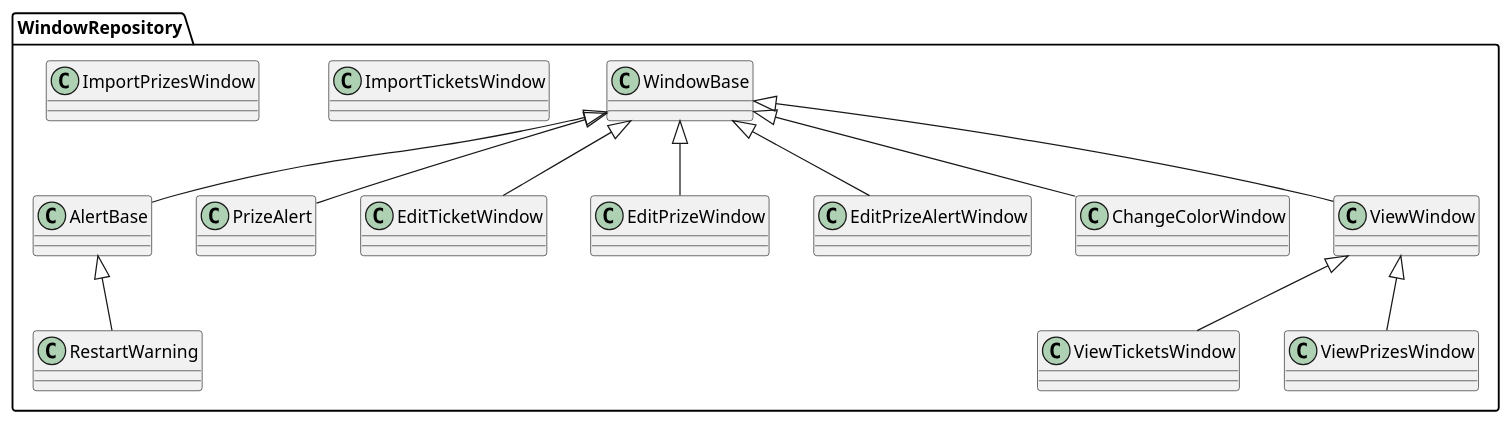
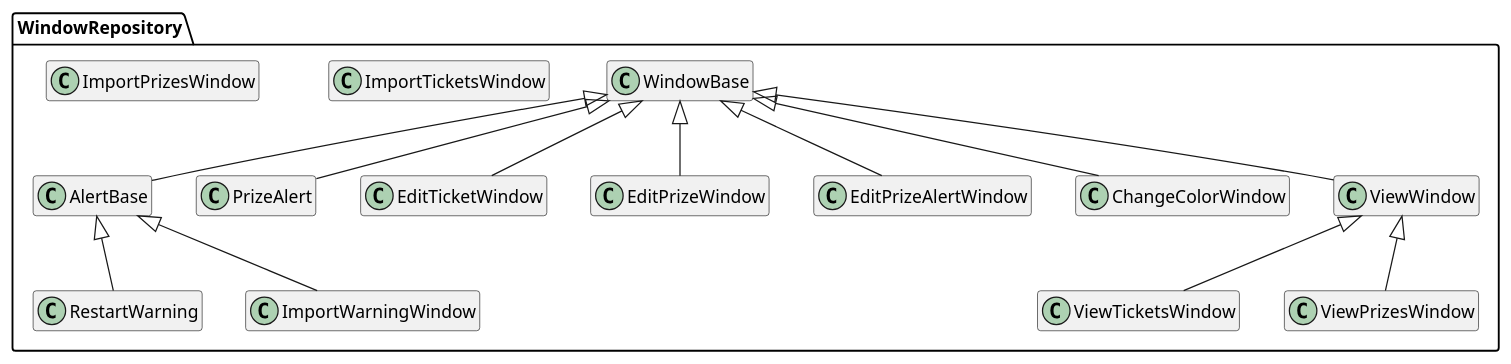
The diagram in docs/Windows_HLD.md (KaravolisL/AHEPA-Raffle), drawn with PlantUML before and after one commit. The commit also changed 11 other files, not shown here.

````diff
--- a/docs/Windows_HLD.md
+++ b/docs/Windows_HLD.md
@@ -3,32 +3,37 @@
 ```plantuml
+
+hide empty members
 
 package WindowRepository {
 
 class WindowBase
 class AlertBase
 class PrizeAlert
 class RestartWarning
 class ImportTicketsWindow
 class ImportPrizesWindow
 class EditTicketWindow
 class EditPrizeWindow
 class EditPrizeAlertWindow
 class ChangeColorWindow
 class ViewWindow
 class ViewTicketsWindow
 class ViewPrizesWindow
 
+class ImportWarningWindow
+
 WindowBase <|-- AlertBase
 WindowBase <|-- PrizeAlert
 WindowBase <|-- EditTicketWindow
 WindowBase <|-- EditPrizeWindow
 WindowBase <|-- EditPrizeAlertWindow
 WindowBase <|-- ChangeColorWindow
 WindowBase <|-- ViewWindow
 ViewWindow <|-- ViewTicketsWindow
 ViewWindow <|-- ViewPrizesWindow
 AlertBase <|-- RestartWarning
+AlertBase <|-- ImportWarningWindow
 
 }
 
 ```
````
